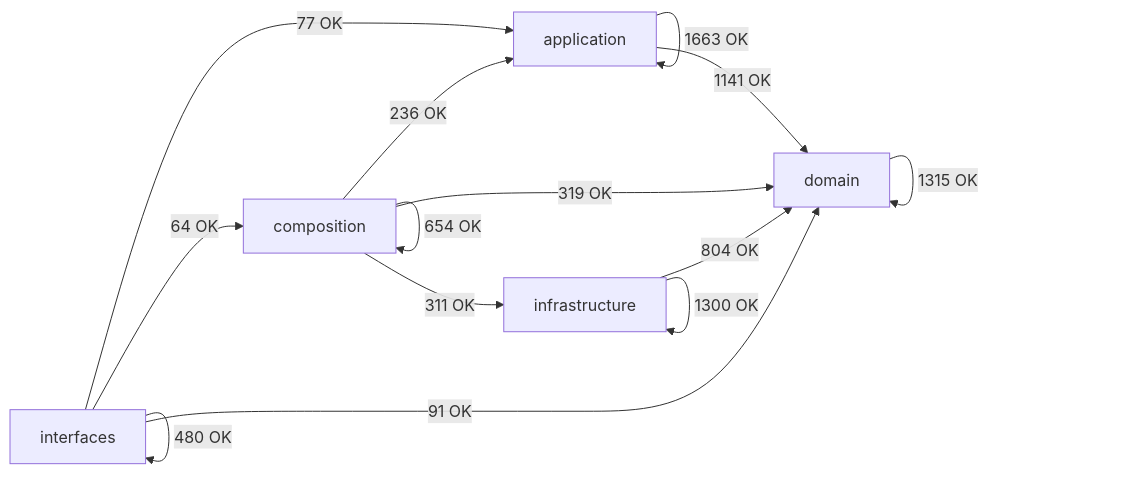
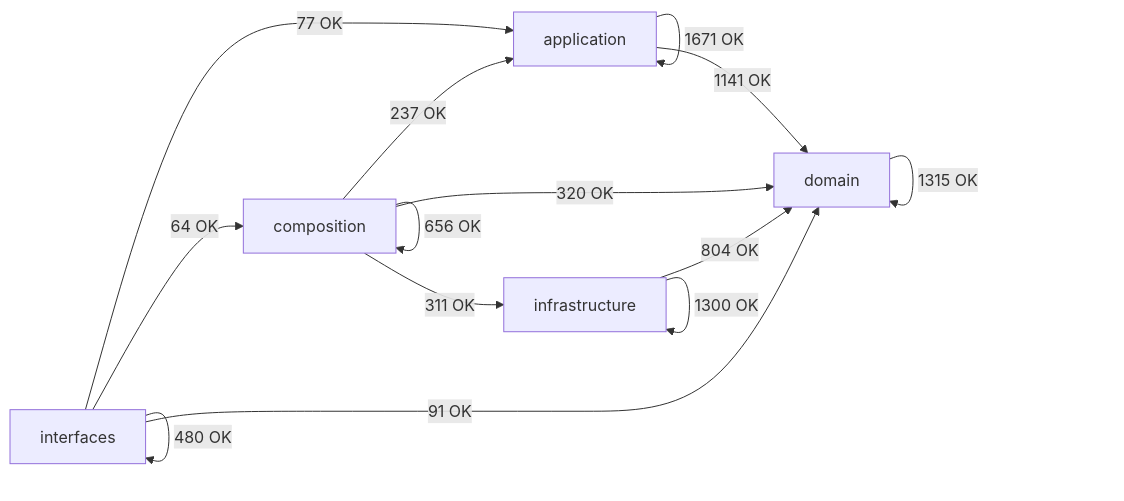
Before and after one commit to SatoryKono/BioactivityDataAcquisition: the diagram in docs/02-architecture/generated/module-dependency-map.md, drawn with Mermaid. The commit also changed other lines of this file and 17 other files, not shown here.

````diff
--- a/docs/02-architecture/generated/module-dependency-map.md
+++ b/docs/02-architecture/generated/module-dependency-map.md
@@ -17,21 +17,21 @@
 ```mermaid
 flowchart LR
     domain[domain]
     application[application]
     infrastructure[infrastructure]
     composition[composition]
     interfaces[interfaces]
-    application -->|1663 OK| application
+    application -->|1671 OK| application
     application -->|1141 OK| domain
-    composition -->|236 OK| application
-    composition -->|654 OK| composition
-    composition -->|319 OK| domain
+    composition -->|237 OK| application
+    composition -->|656 OK| composition
+    composition -->|320 OK| domain
     composition -->|311 OK| infrastructure
     domain -->|1315 OK| domain
     infrastructure -->|804 OK| domain
     infrastructure -->|1300 OK| infrastructure
     interfaces -->|77 OK| application
     interfaces -->|64 OK| composition
     interfaces -->|91 OK| domain
     interfaces -->|480 OK| interfaces
 ```
````
